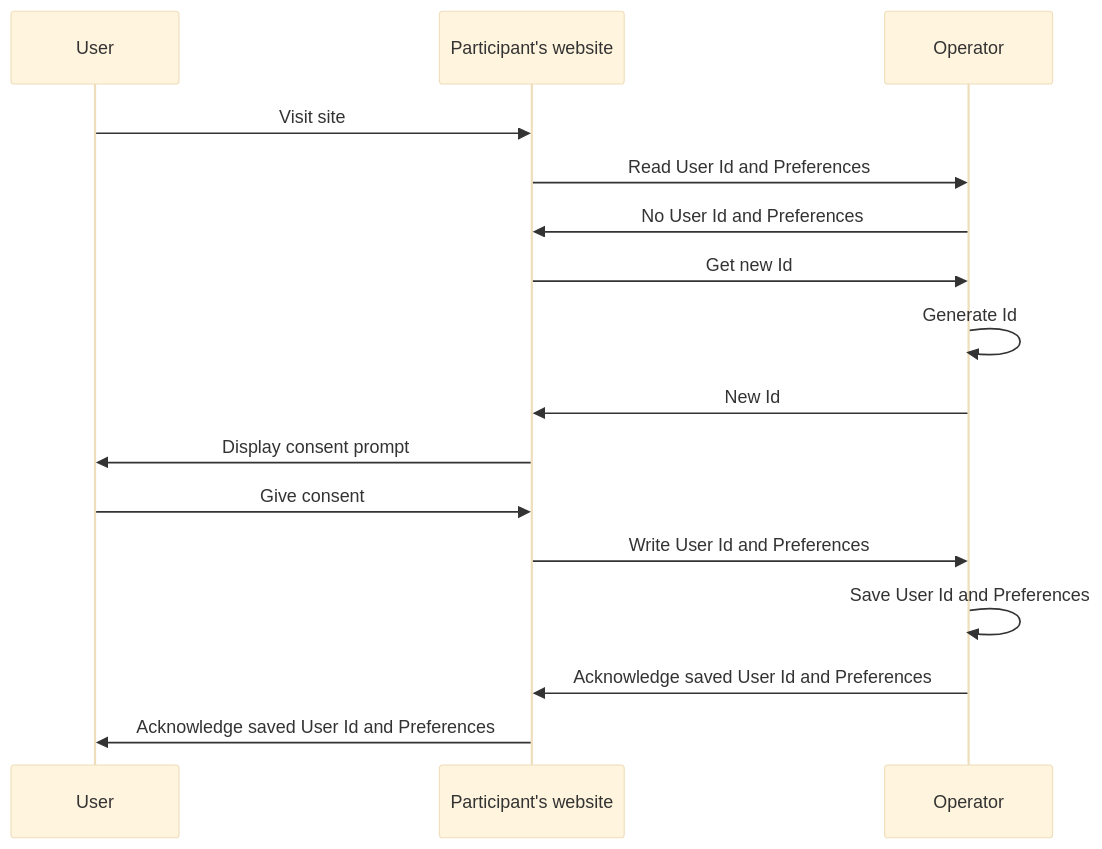
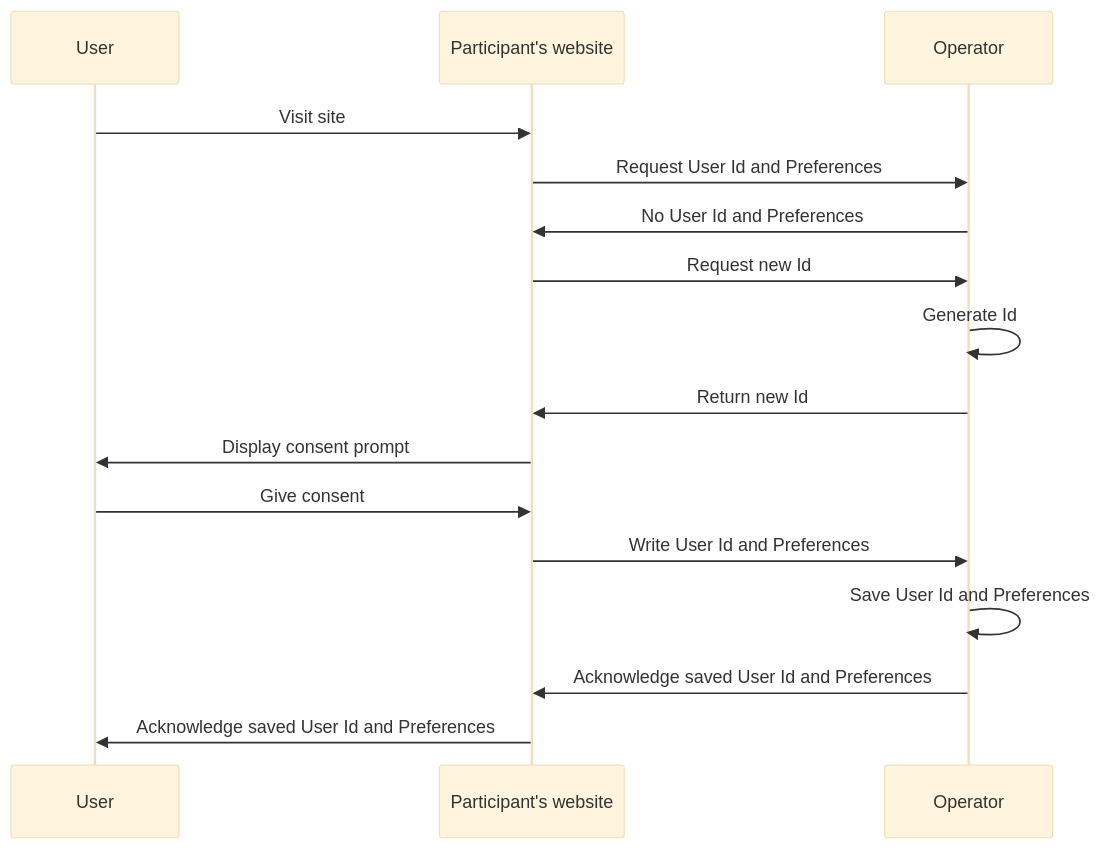
One commit to OneKey-Network/addressability-framework changed the first of 4 diagrams in mvp-spec/workflows.md. Above: the diagram before and after it, drawn with Mermaid (base theme). The commit also changed other lines of this file, not shown here.

````diff
--- a/mvp-spec/workflows.md
+++ b/mvp-spec/workflows.md
@@ -13,23 +13,23 @@
 ```mermaid
 sequenceDiagram
 participant U as User
 participant P as Participant's website
 participant O as Operator
 
     U ->> P: Visit site
     
-    P ->> O: Read User Id and Preferences
+    P ->> O: Request User Id and Preferences
     O ->> P: No User Id and Preferences
     
-    P ->> O: Get new Id
+    P ->> O: Request new Id
     O ->> O: Generate Id
-    O ->> P: New Id
+    O ->> P: Return new Id
     
     P ->> U: Display consent prompt
     U ->> P: Give consent
 
     P ->> O: Write User Id and Preferences
     O ->> O: Save User Id and Preferences
     O ->> P: Acknowledge saved User Id and Preferences
     P ->> U: Acknowledge saved User Id and Preferences
 ```
````
